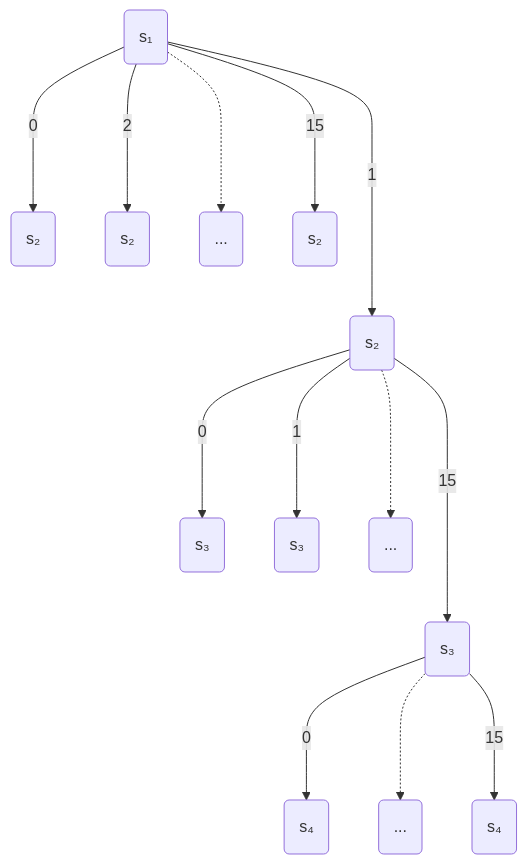
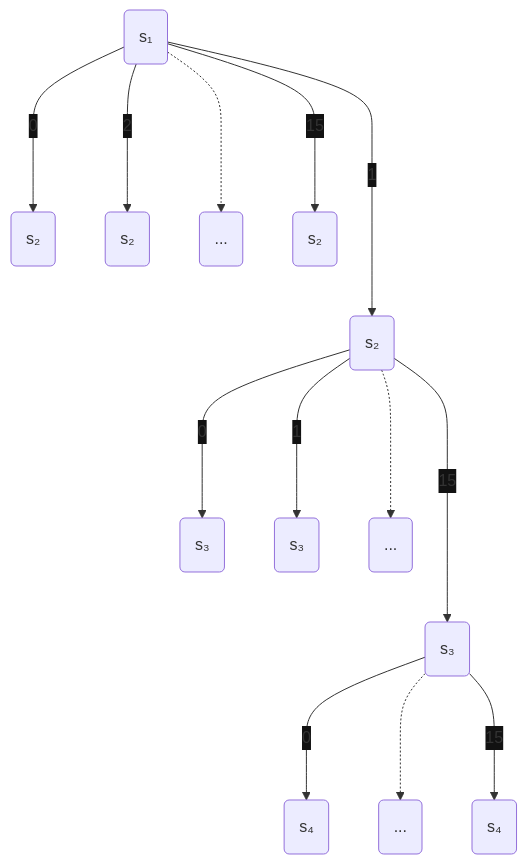
Before and after one commit to Tsumiiiiiiii/Tsumiiiiiiii.github.io: the diagram in content/posts/dice24/dice24_rps_casino.md, drawn with Mermaid.

```diff
--- a/content/posts/dice24/dice24_rps_casino.md
+++ b/content/posts/dice24/dice24_rps_casino.md
@@ -254,15 +254,16 @@
 {{< mermaid >}}
+%%{init: {'themeVariables': { 'edgeLabelBackground': '#121212'}}}%%
 flowchart TD;
   A("s₁") --->|0| B("s₂")
   A ---->|1| C("s₂")
   A --->|2| D("s₂")
   A -..->  SK1(...)
   A --->|15| F("s₂")
   C ---> |0| G("s₃")
   C ---> |1| H("s₃")
   C -..->  SK2(...)
   C ----> |15| I("s₃")
   I ---> |0| J("s₄")
   I -..-> SK3(...)
   I ---> |15| K("s₄")
 {{< /mermaid >}}
```
